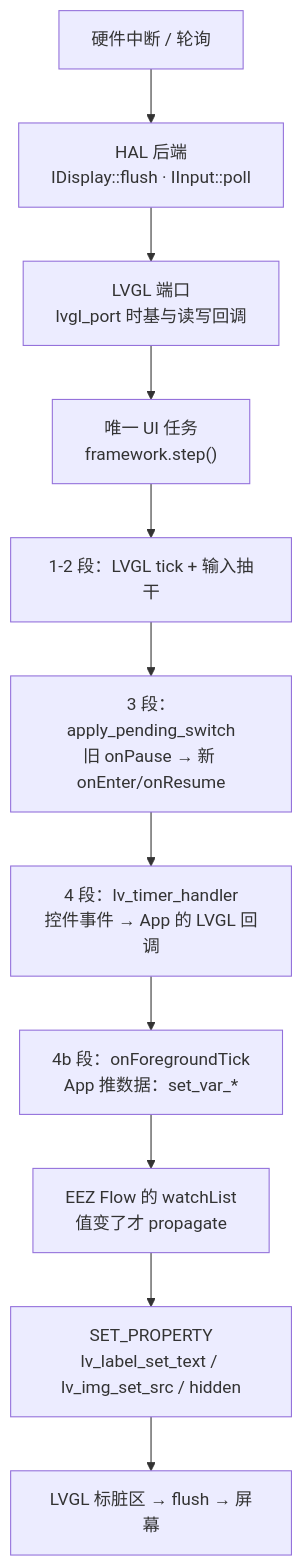
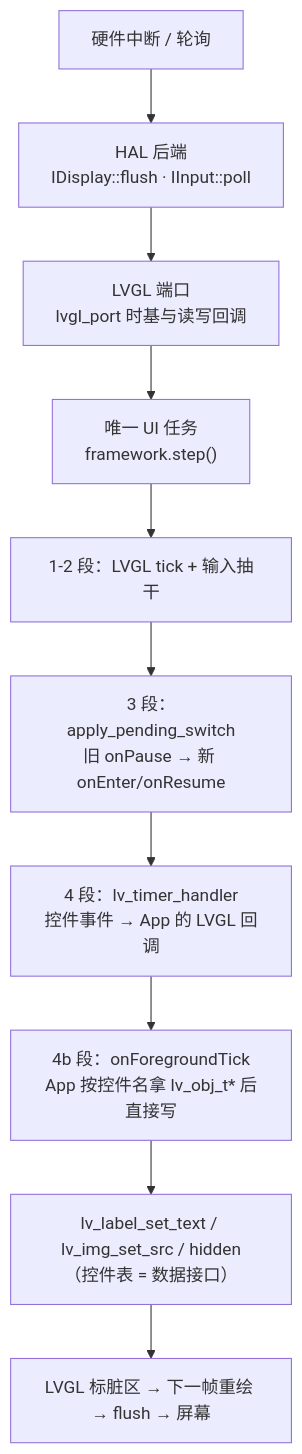
One commit to ruixuezhao890/Embark changed the second of 2 diagrams in docs/concepts/index.md. Above: the diagram before and after it, drawn with Mermaid. The commit also changed other lines of this file and 146 other files, not shown here.

````diff
--- a/docs/concepts/index.md
+++ b/docs/concepts/index.md
@@ -47,13 +47,12 @@
 ```mermaid
 flowchart TD
     A["硬件中断 / 轮询"] --> B["HAL 后端<br/>IDisplay::flush · IInput::poll"]
     B --> C["LVGL 端口<br/>lvgl_port 时基与读写回调"]
     C --> D["唯一 UI 任务<br/>framework.step()"]
     D --> E["1-2 段：LVGL tick + 输入抽干"]
     E --> F["3 段：apply_pending_switch<br/>旧 onPause → 新 onEnter/onResume"]
     F --> G["4 段：lv_timer_handler<br/>控件事件 → App 的 LVGL 回调"]
-    G --> H["4b 段：onForegroundTick<br/>App 推数据：set_var_*"]
-    H --> I["EEZ Flow 的 watchList<br/>值变了才 propagate"]
-    I --> J["SET_PROPERTY<br/>lv_label_set_text / lv_img_set_src / hidden"]
-    J --> K["LVGL 标脏区 → flush → 屏幕"]
+    G --> H["4b 段：onForegroundTick<br/>App 按控件名拿 lv_obj_t* 后直接写"]
+    H --> J["lv_label_set_text / lv_img_set_src / hidden<br/>（控件表 = 数据接口）"]
+    J --> K["LVGL 标脏区 → 下一帧重绘 → flush → 屏幕"]
 ```
````
